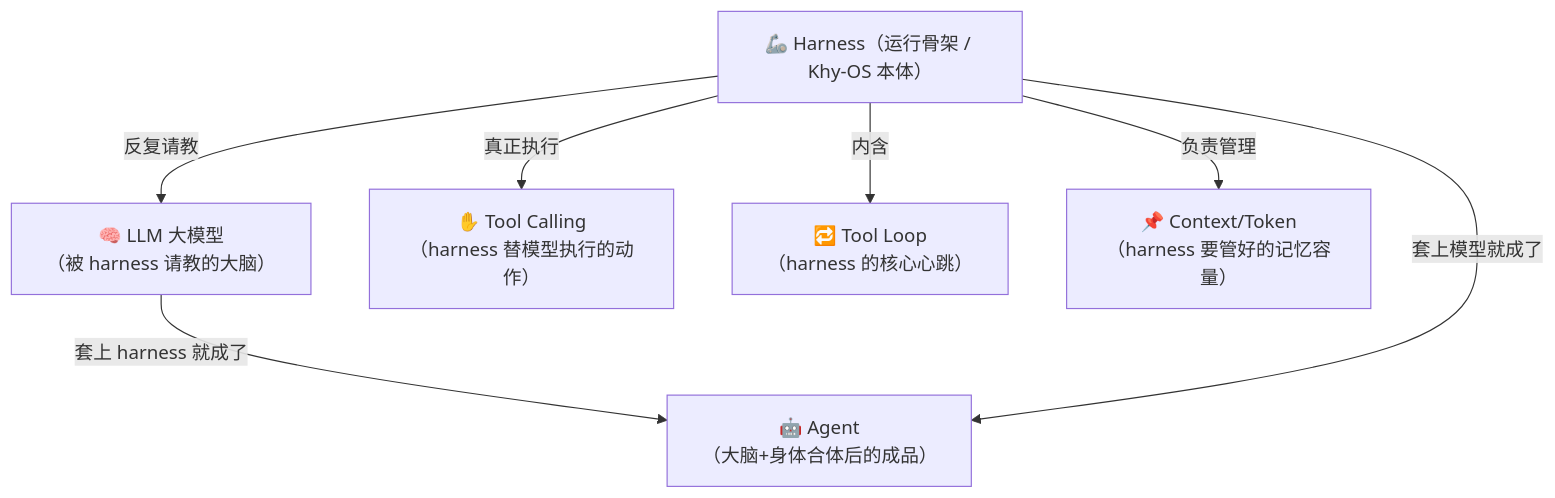
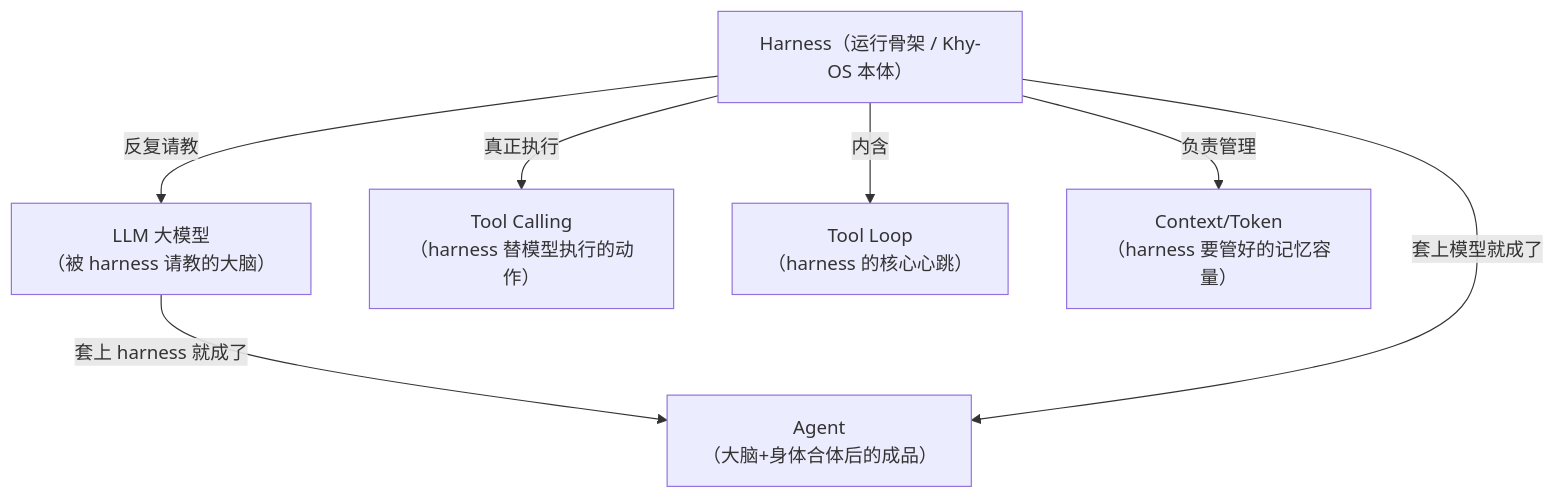
One commit to luckykhy/KhyAiHub changed the seventh of 7 diagrams in docs/02_CONCEPTS_概念入门/CONCEPT/[CONCEPT-16] 什么是Harness-智能体运行骨架.md. Above: the diagram before and after it, drawn with Mermaid. The commit also changed other lines of this file and 19 other files, not shown here.

````diff
--- a/docs/02_CONCEPTS_概念入门/CONCEPT/[CONCEPT-16] 什么是Harness-智能体运行骨架.md
+++ b/docs/02_CONCEPTS_概念入门/CONCEPT/[CONCEPT-16] 什么是Harness-智能体运行骨架.md
@@ -291,15 +291,15 @@
 ```mermaid
 flowchart TB
-  HARNESS["🦾 Harness（运行骨架 / Khy-OS 本体）"]
-  LLM["🧠 LLM 大模型<br/>（被 harness 请教的大脑）"]
-  TC["✋ Tool Calling<br/>（harness 替模型执行的动作）"]
-  TL["🔁 Tool Loop<br/>（harness 的核心心跳）"]
-  CTX["📌 Context/Token<br/>（harness 要管好的记忆容量）"]
-  AGENT["🤖 Agent<br/>（大脑+身体合体后的成品）"]
+  HARNESS["Harness（运行骨架 / Khy-OS 本体）"]
+  LLM["LLM 大模型<br/>（被 harness 请教的大脑）"]
+  TC["Tool Calling<br/>（harness 替模型执行的动作）"]
+  TL["Tool Loop<br/>（harness 的核心心跳）"]
+  CTX["Context/Token<br/>（harness 要管好的记忆容量）"]
+  AGENT["Agent<br/>（大脑+身体合体后的成品）"]
   HARNESS -->|"反复请教"| LLM
   HARNESS -->|"真正执行"| TC
   HARNESS -->|"内含"| TL
   HARNESS -->|"负责管理"| CTX
   LLM -->|"套上 harness 就成了"| AGENT
   HARNESS -->|"套上模型就成了"| AGENT
 ```
````
